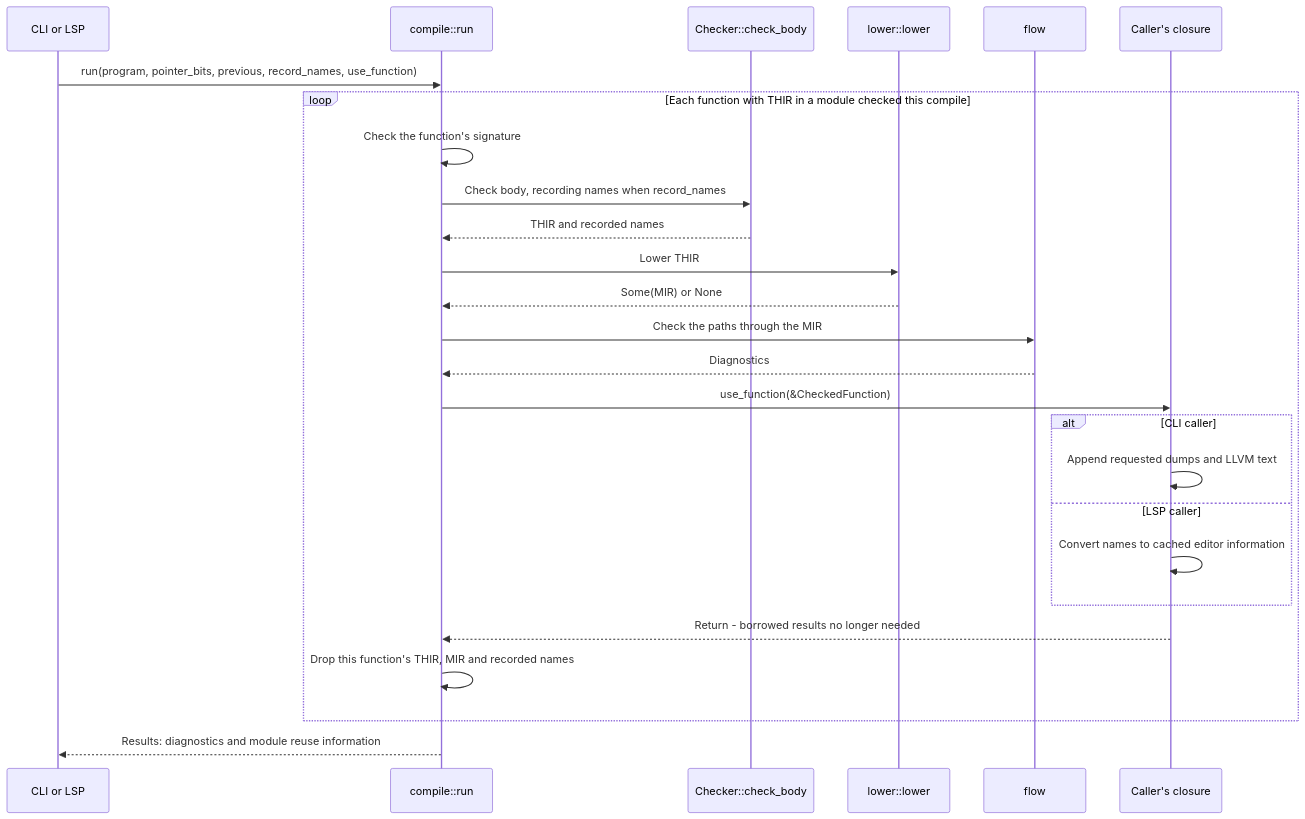
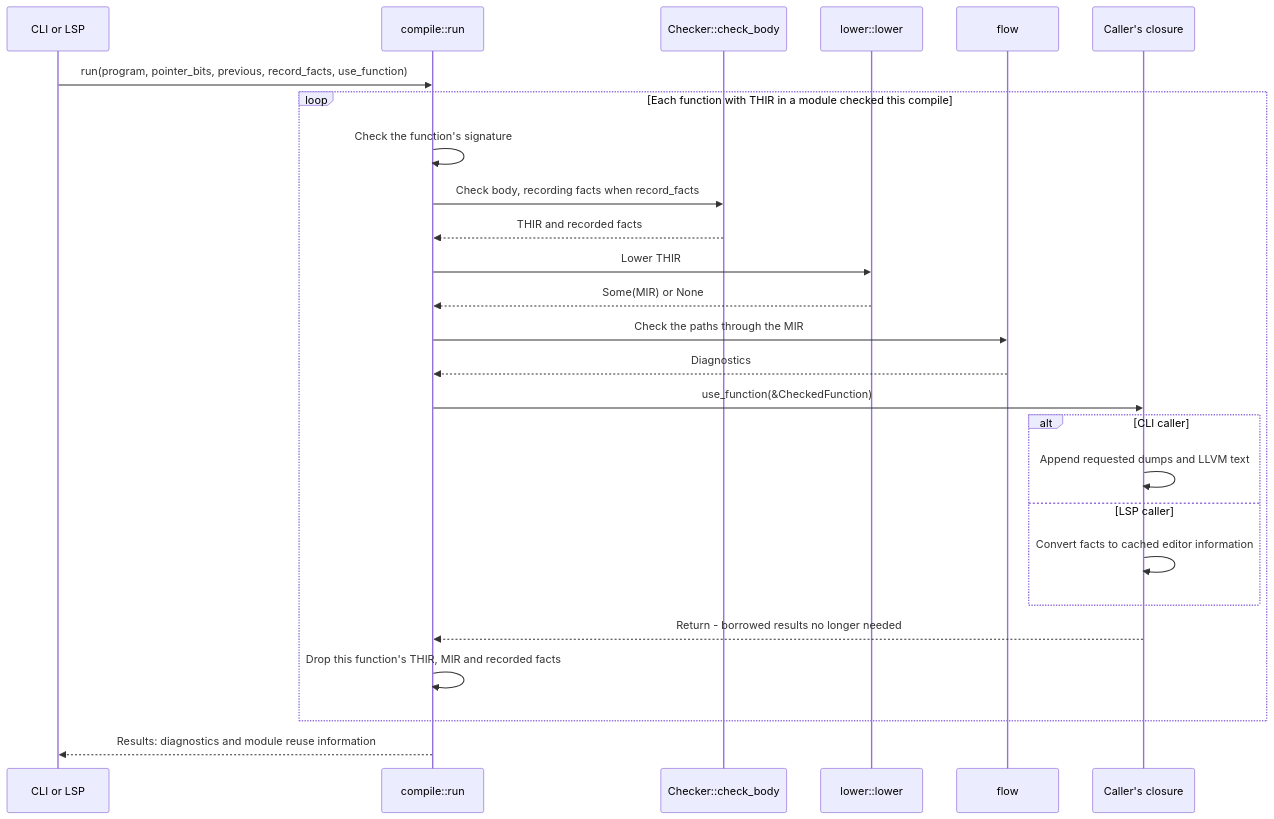
One commit to PeeperLanguage/compiler changed the diagram in README.md. Above: the diagram before and after it, drawn with Mermaid. The commit also changed 10 other files, not shown here.

````diff
--- a/README.md
+++ b/README.md
@@ -46,29 +46,29 @@
 ```mermaid
 sequenceDiagram
     participant Caller as CLI or LSP
     participant Compile as compile::run
     participant Check as Checker::check_body
     participant Lower as lower::lower
     participant Flow as flow
     participant Callback as Caller's closure
 
-    Caller->>Compile: run(program, pointer_bits, previous, record_names, use_function)
+    Caller->>Compile: run(program, pointer_bits, previous, record_facts, use_function)
     loop Each function with THIR in a module checked this compile
         Compile->>Compile: Check the function's signature
-        Compile->>Check: Check body, recording names when record_names
-        Check-->>Compile: THIR and recorded names
+        Compile->>Check: Check body, recording facts when record_facts
+        Check-->>Compile: THIR and recorded facts
         Compile->>Lower: Lower THIR
         Lower-->>Compile: Some(MIR) or None
         Compile->>Flow: Check the paths through the MIR
         Flow-->>Compile: Diagnostics
         Compile->>Callback: use_function(&CheckedFunction)
         alt CLI caller
             Callback->>Callback: Append requested dumps and LLVM text
         else LSP caller
-            Callback->>Callback: Convert names to cached editor information
+            Callback->>Callback: Convert facts to cached editor information
         end
         Callback-->>Compile: Return - borrowed results no longer needed
-        Compile->>Compile: Drop this function's THIR, MIR and recorded names
+        Compile->>Compile: Drop this function's THIR, MIR and recorded facts
     end
     Compile-->>Caller: Results: diagnostics and module reuse information
 ```
````
